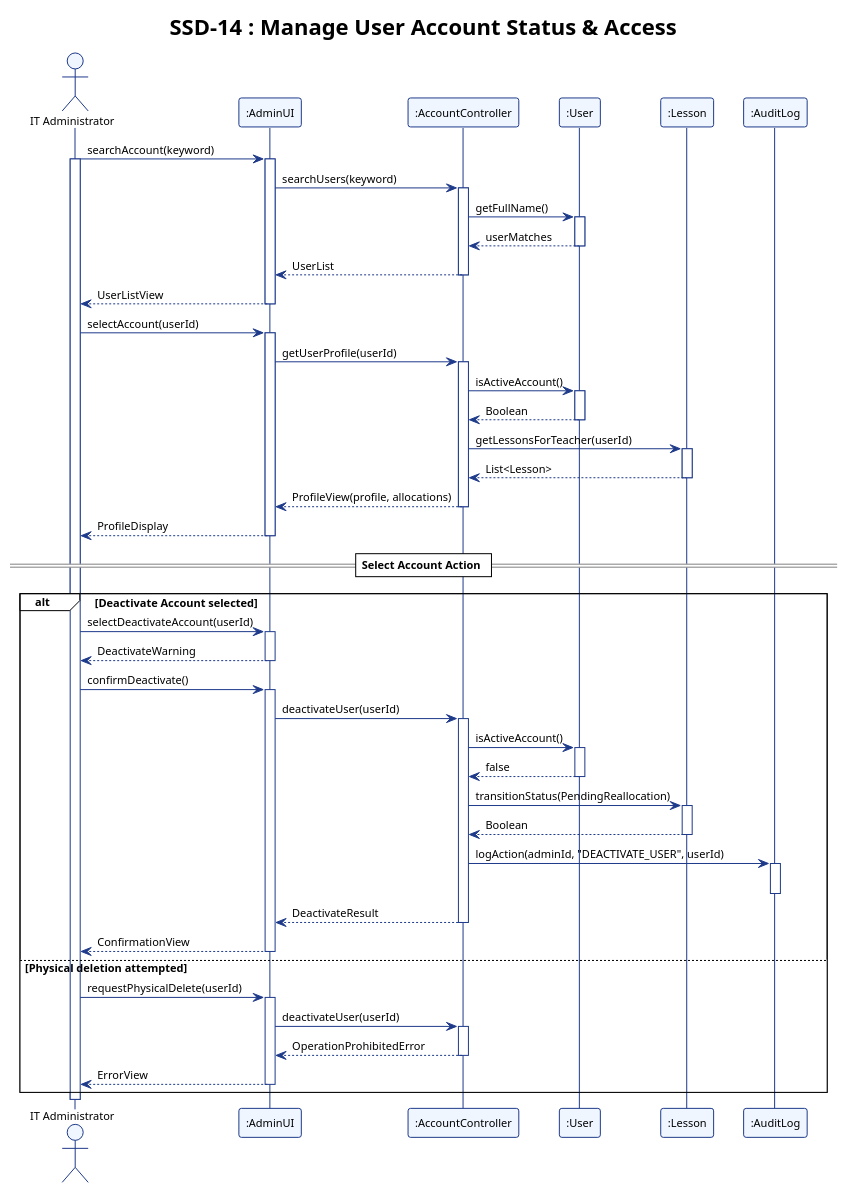
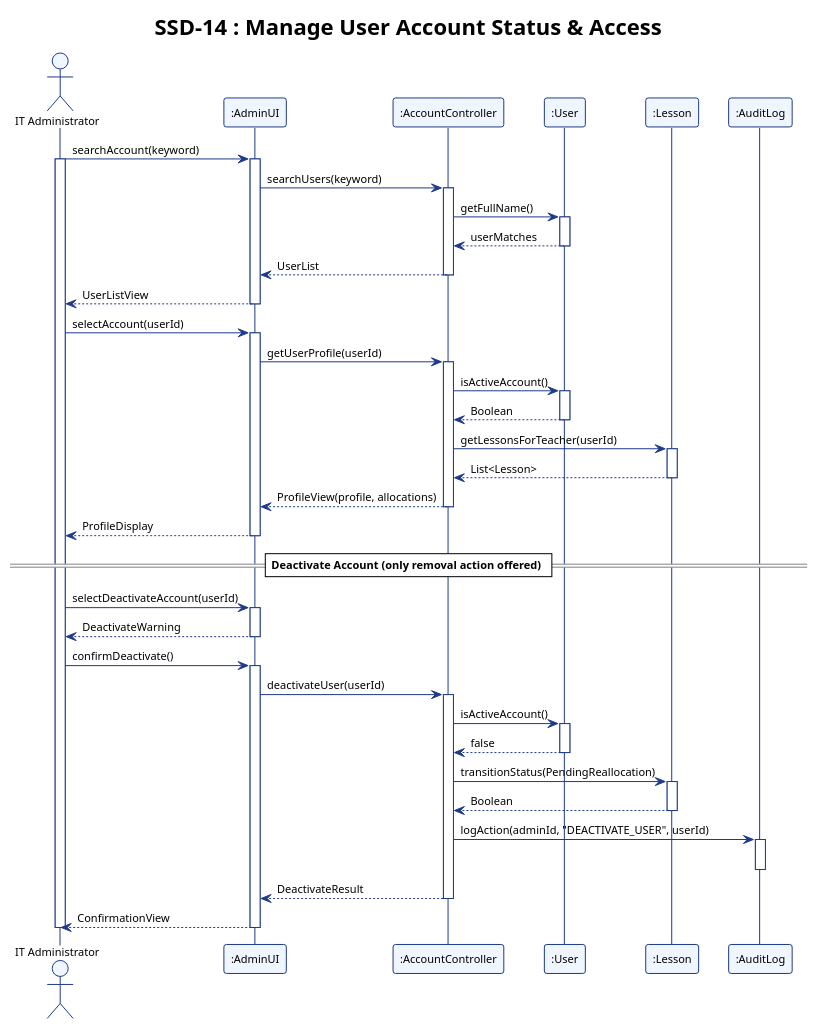
Before and after one commit to adoreblvnk/2001temp: the diagram in report/assets/ssd_14.puml, drawn with PlantUML. The commit also changed 11 other files, not shown here.

```diff
--- a/report/assets/ssd_14.puml
+++ b/report/assets/ssd_14.puml
@@ -1,99 +1,88 @@
 @startuml ssd_14
 !theme plain
 skinparam shadowing false
 skinparam defaultFontName "Helvetica", "Arial", sans-serif
 skinparam defaultFontSize 11
 skinparam sequence {
     ParticipantBorderColor #1E3A8A
     ParticipantBackgroundColor #EFF6FF
     LifeLineBorderColor #1E3A8A
     LifeLineBackgroundColor #FFFFFF
     ArrowColor #1E3A8A
     ActorBorderColor #1E3A8A
     ActorBackgroundColor #EFF6FF
 }
 
 title SSD-14 : Manage User Account Status & Access
 
 actor "IT Administrator" as ITAdmin
 participant ":AdminUI" as AdminUI
 participant ":AccountController" as AccountController
 participant ":User" as User
 participant ":Lesson" as Lesson
 participant ":AuditLog" as AuditLog
 
 ITAdmin -> AdminUI : searchAccount(keyword)
 activate ITAdmin
 activate AdminUI
 AdminUI -> AccountController : searchUsers(keyword)
 activate AccountController
 AccountController -> User : getFullName()
 activate User
 User --> AccountController : userMatches
 deactivate User
 AccountController --> AdminUI : UserList
 deactivate AccountController
 AdminUI --> ITAdmin : UserListView
 deactivate AdminUI
 
 ITAdmin -> AdminUI : selectAccount(userId)
 activate AdminUI
 AdminUI -> AccountController : getUserProfile(userId)
 activate AccountController
 AccountController -> User : isActiveAccount()
 activate User
 User --> AccountController : Boolean
 deactivate User
 AccountController -> Lesson : getLessonsForTeacher(userId)
 activate Lesson
 Lesson --> AccountController : List<Lesson>
 deactivate Lesson
 AccountController --> AdminUI : ProfileView(profile, allocations)
 deactivate AccountController
 AdminUI --> ITAdmin : ProfileDisplay
 deactivate AdminUI
 
-== Select Account Action ==
+== Deactivate Account (only removal action offered) ==
 
-alt Deactivate Account selected
-    ITAdmin -> AdminUI : selectDeactivateAccount(userId)
-    activate AdminUI
-    AdminUI --> ITAdmin : DeactivateWarning
-    deactivate AdminUI
+ITAdmin -> AdminUI : selectDeactivateAccount(userId)
+activate AdminUI
+AdminUI --> ITAdmin : DeactivateWarning
+deactivate AdminUI
 
-    ITAdmin -> AdminUI : confirmDeactivate()
-    activate AdminUI
-    AdminUI -> AccountController : deactivateUser(userId)
-    activate AccountController
+ITAdmin -> AdminUI : confirmDeactivate()
+activate AdminUI
+AdminUI -> AccountController : deactivateUser(userId)
+activate AccountController
 
-    AccountController -> User : isActiveAccount()
-    activate User
-    User --> AccountController : false
-    deactivate User
+AccountController -> User : isActiveAccount()
+activate User
+User --> AccountController : false
+deactivate User
 
-    AccountController -> Lesson : transitionStatus(PendingReallocation)
-    activate Lesson
-    Lesson --> AccountController : Boolean
-    deactivate Lesson
+AccountController -> Lesson : transitionStatus(PendingReallocation)
+activate Lesson
+Lesson --> AccountController : Boolean
+deactivate Lesson
 
-    AccountController -> AuditLog : logAction(adminId, "DEACTIVATE_USER", userId)
-    activate AuditLog
-    deactivate AuditLog
+AccountController -> AuditLog : logAction(adminId, "DEACTIVATE_USER", userId)
+activate AuditLog
+deactivate AuditLog
 
-    AccountController --> AdminUI : DeactivateResult
-    deactivate AccountController
-    AdminUI --> ITAdmin : ConfirmationView
-    deactivate AdminUI
-else Physical deletion attempted
-    ITAdmin -> AdminUI : requestPhysicalDelete(userId)
-    activate AdminUI
-    AdminUI -> AccountController : deactivateUser(userId)
-    activate AccountController
-    AccountController --> AdminUI : OperationProhibitedError
-    deactivate AccountController
-    AdminUI --> ITAdmin : ErrorView
-    deactivate AdminUI
-end
+AccountController --> AdminUI : DeactivateResult
+deactivate AccountController
+AdminUI --> ITAdmin : ConfirmationView
+deactivate AdminUI
 
 deactivate ITAdmin
 @enduml
```
